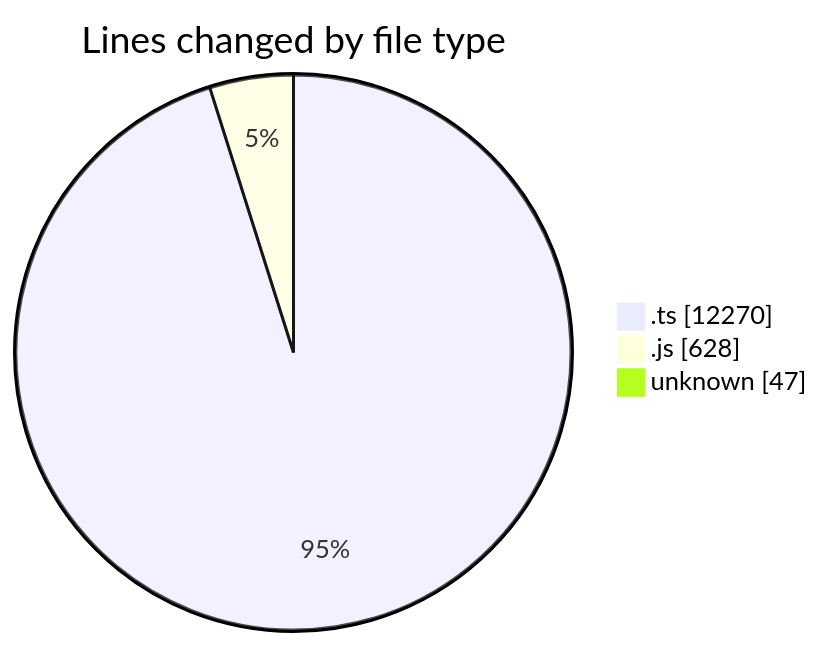
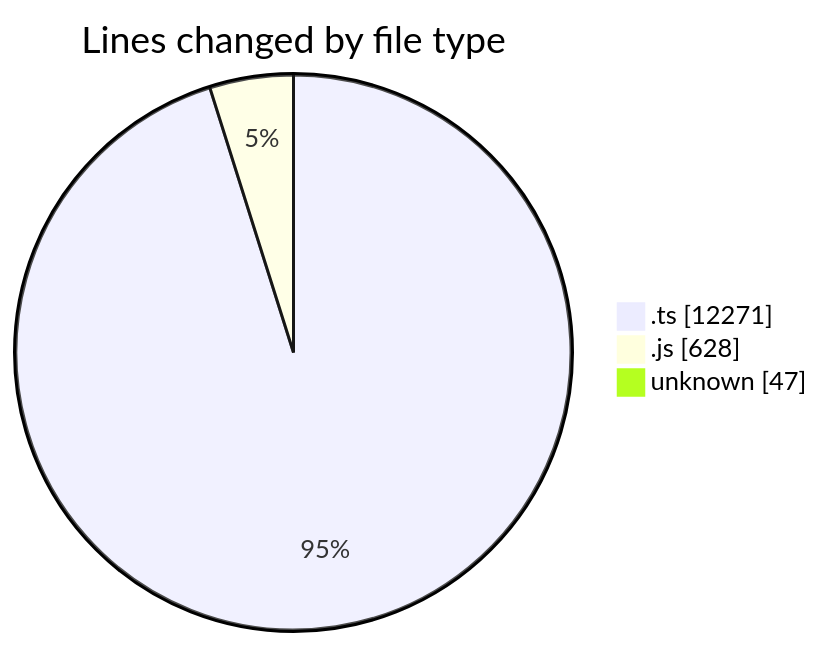
One commit to momahboobian/code-tracking changed the first of 2 diagrams in 2025-09-05/cda/README.md. Above: the diagram before and after it, drawn with Mermaid. The commit also changed other lines of this file and 1 other file, not shown here.

````diff
--- a/2025-09-05/cda/README.md
+++ b/2025-09-05/cda/README.md
@@ -25,7 +25,7 @@
 ```mermaid
 pie showData
 title Lines changed by file type
-".ts" : 12270
+".ts" : 12271
 ".js" : 628
 "unknown" : 47
 ```
````
